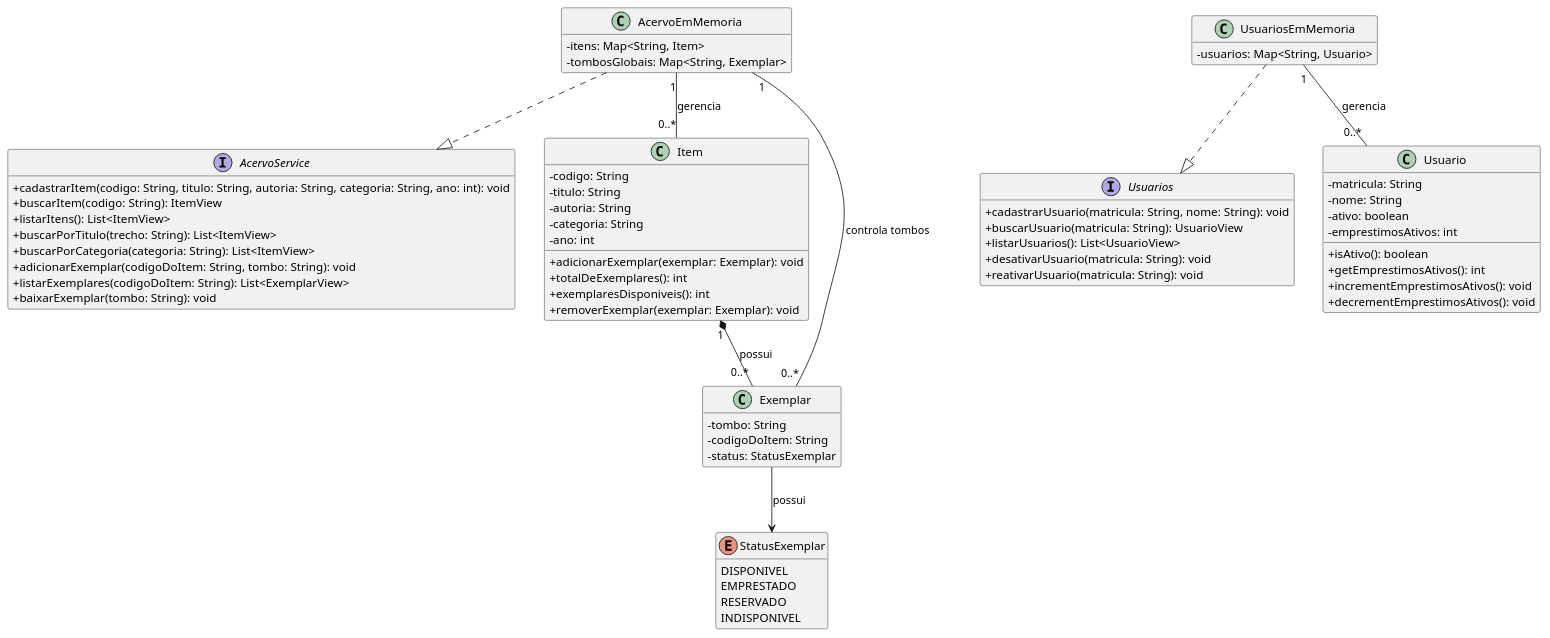
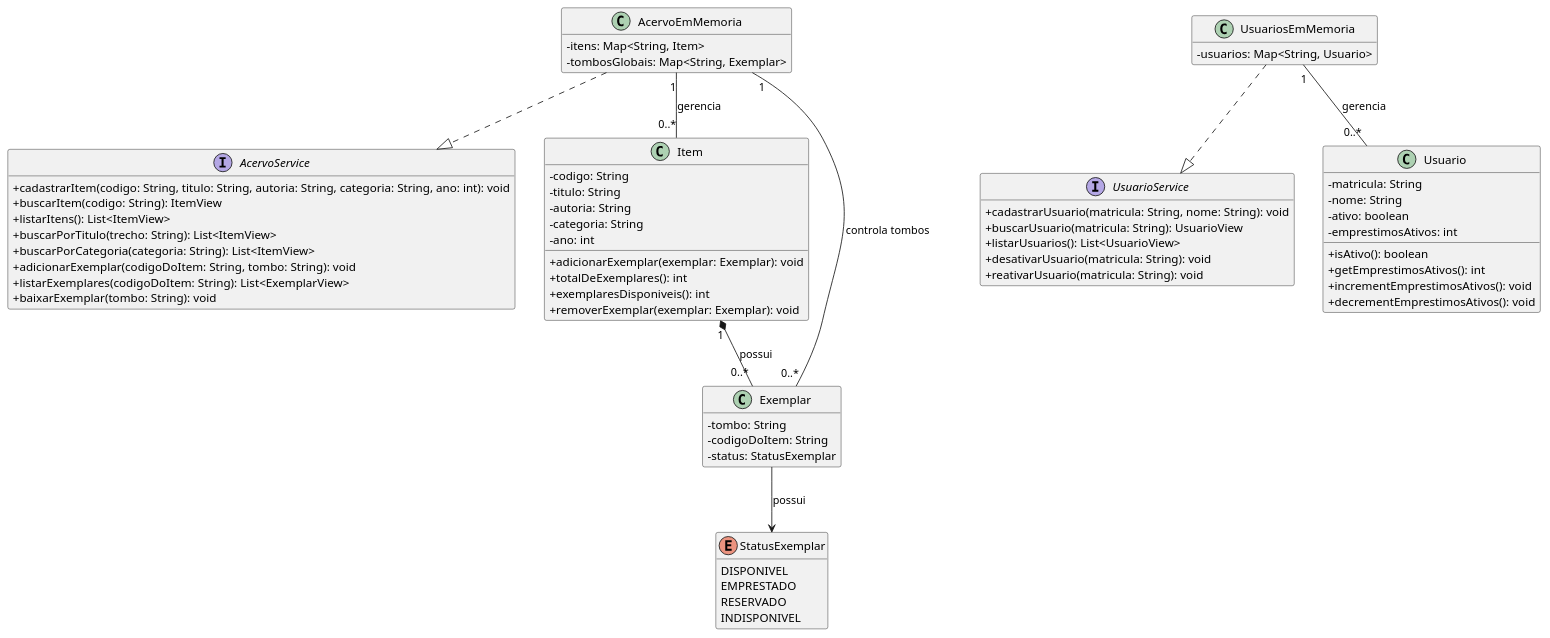
One commit to poo-dcx-2026-2/equipe-01-itgirls changed the diagram in docs/modelo.puml. Above: the diagram before and after it, drawn with PlantUML. The commit also changed 1 other file, not shown here.

Commit message:
O diagrama agora insere a interface UsuarioService e indica onde os usuarios sao guardados

```diff
--- a/docs/modelo.puml
+++ b/docs/modelo.puml
@@ -1,89 +1,89 @@
 @startuml
 
 skinparam classAttributeIconSize 0
 hide empty members
 
 interface AcervoService {
     +cadastrarItem(codigo: String, titulo: String, autoria: String, categoria: String, ano: int): void
     +buscarItem(codigo: String): ItemView
     +listarItens(): List<ItemView>
     +buscarPorTitulo(trecho: String): List<ItemView>
     +buscarPorCategoria(categoria: String): List<ItemView>
     +adicionarExemplar(codigoDoItem: String, tombo: String): void
     +listarExemplares(codigoDoItem: String): List<ExemplarView>
     +baixarExemplar(tombo: String): void
 }
 
 class AcervoEmMemoria {
     -itens: Map<String, Item>
     -tombosGlobais: Map<String, Exemplar>
 }
 
 AcervoEmMemoria ..|> AcervoService
 
 
-interface Usuarios {
+interface UsuarioService {
     +cadastrarUsuario(matricula: String, nome: String): void
     +buscarUsuario(matricula: String): UsuarioView
     +listarUsuarios(): List<UsuarioView>
     +desativarUsuario(matricula: String): void
     +reativarUsuario(matricula: String): void
 }
 
 class UsuariosEmMemoria {
     -usuarios: Map<String, Usuario>
 }
 
-UsuariosEmMemoria ..|> Usuarios
+UsuariosEmMemoria ..|> UsuarioService
 
 
 class Item {
     -codigo: String
     -titulo: String
     -autoria: String
     -categoria: String
     -ano: int
 
     +adicionarExemplar(exemplar: Exemplar): void
     +totalDeExemplares(): int
     +exemplaresDisponiveis(): int
     +removerExemplar(exemplar: Exemplar): void
 }
 
 class Exemplar {
     -tombo: String
     -codigoDoItem: String
     -status: StatusExemplar
 }
 
 class Usuario {
     -matricula: String
     -nome: String
     -ativo: boolean
     -emprestimosAtivos: int
 
     +isAtivo(): boolean
     +getEmprestimosAtivos(): int
     +incrementEmprestimosAtivos(): void
     +decrementEmprestimosAtivos(): void
 }
 
 enum StatusExemplar {
     DISPONIVEL
     EMPRESTADO
     RESERVADO
     INDISPONIVEL
 }
 
 
 AcervoEmMemoria "1" -- "0..*" Item : gerencia
 
 Item "1" *-- "0..*" Exemplar : possui
 
 AcervoEmMemoria "1" -- "0..*" Exemplar : controla tombos
 
 UsuariosEmMemoria "1" -- "0..*" Usuario : gerencia
 
 Exemplar --> StatusExemplar : possui
 
 @enduml
```
